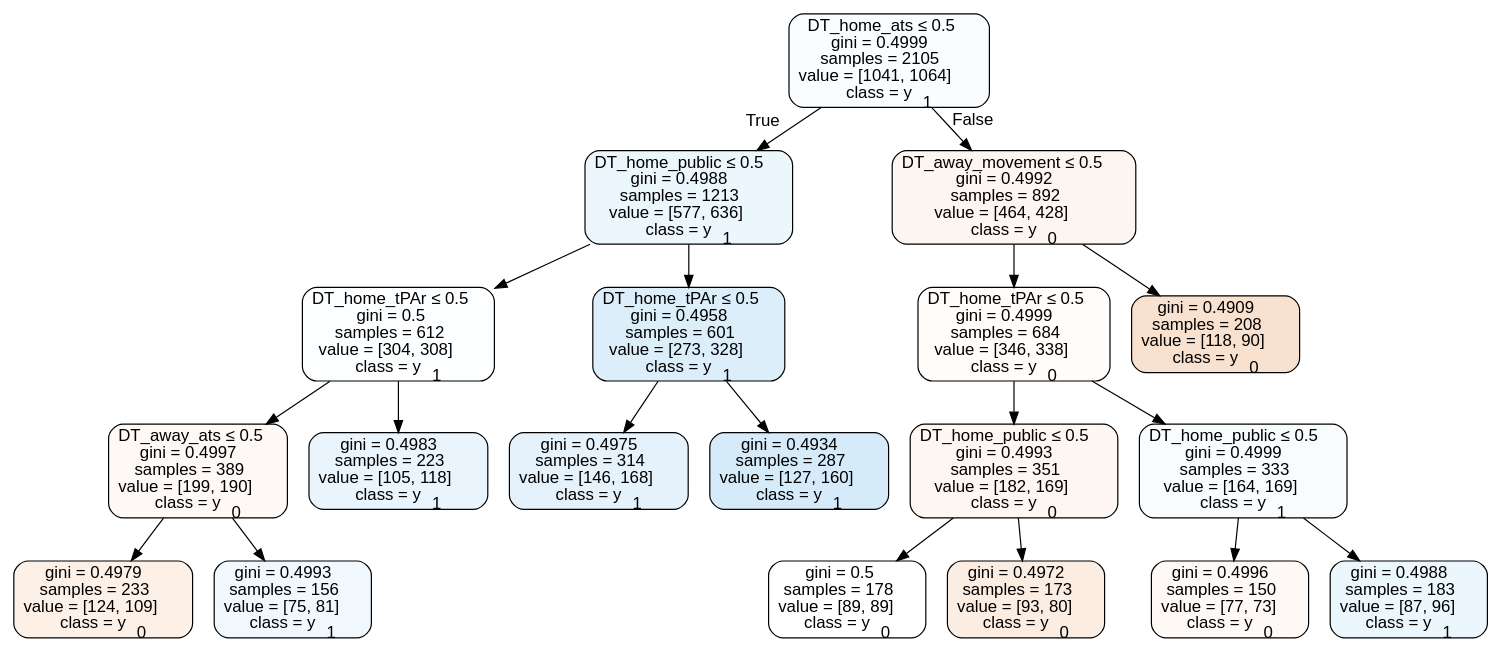
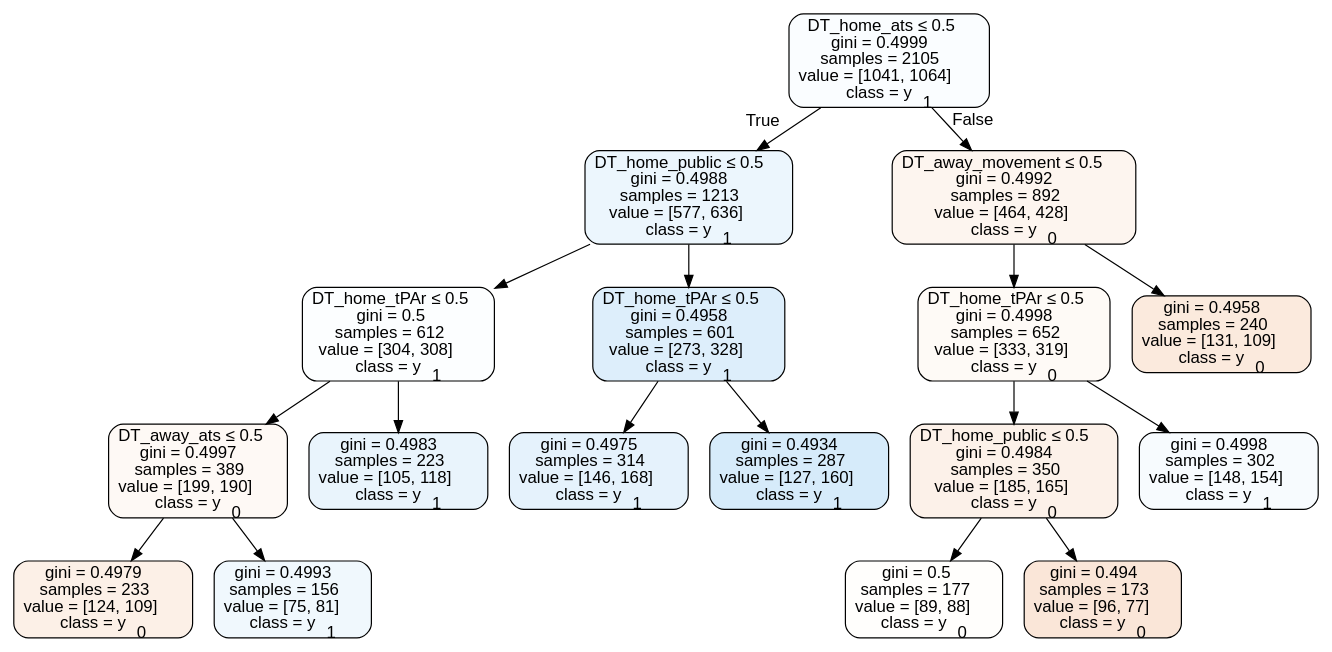
One commit to usbogie/ncaa-bets changed the diagram in tree_data/tree2017neutral.dot. Above: the diagram before and after it, drawn with Graphviz. The commit also changed 26 other files, not shown here.

```diff
--- a/tree_data/tree2017neutral.dot
+++ b/tree_data/tree2017neutral.dot
@@ -1,41 +1,37 @@
 digraph Tree {
 node [shape=box, style="filled, rounded", color="black", fontname=helvetica] ;
 edge [fontname=helvetica] ;
 0 [label=<DT_home_ats &le; 0.5<br/>gini = 0.4999<br/>samples = 2105<br/>value = [1041, 1064]<br/>class = y<SUB>1</SUB>>, fillcolor="#399de506"] ;
 1 [label=<DT_home_public &le; 0.5<br/>gini = 0.4988<br/>samples = 1213<br/>value = [577, 636]<br/>class = y<SUB>1</SUB>>, fillcolor="#399de518"] ;
 0 -> 1 [labeldistance=2.5, labelangle=45, headlabel="True"] ;
 2 [label=<DT_home_tPAr &le; 0.5<br/>gini = 0.5<br/>samples = 612<br/>value = [304, 308]<br/>class = y<SUB>1</SUB>>, fillcolor="#399de503"] ;
 1 -> 2 ;
 3 [label=<DT_away_ats &le; 0.5<br/>gini = 0.4997<br/>samples = 389<br/>value = [199, 190]<br/>class = y<SUB>0</SUB>>, fillcolor="#e581390c"] ;
 2 -> 3 ;
 4 [label=<gini = 0.4979<br/>samples = 233<br/>value = [124, 109]<br/>class = y<SUB>0</SUB>>, fillcolor="#e581391f"] ;
 3 -> 4 ;
 5 [label=<gini = 0.4993<br/>samples = 156<br/>value = [75, 81]<br/>class = y<SUB>1</SUB>>, fillcolor="#399de513"] ;
 3 -> 5 ;
 6 [label=<gini = 0.4983<br/>samples = 223<br/>value = [105, 118]<br/>class = y<SUB>1</SUB>>, fillcolor="#399de51c"] ;
 2 -> 6 ;
 7 [label=<DT_home_tPAr &le; 0.5<br/>gini = 0.4958<br/>samples = 601<br/>value = [273, 328]<br/>class = y<SUB>1</SUB>>, fillcolor="#399de52b"] ;
 1 -> 7 ;
 8 [label=<gini = 0.4975<br/>samples = 314<br/>value = [146, 168]<br/>class = y<SUB>1</SUB>>, fillcolor="#399de521"] ;
 7 -> 8 ;
 9 [label=<gini = 0.4934<br/>samples = 287<br/>value = [127, 160]<br/>class = y<SUB>1</SUB>>, fillcolor="#399de535"] ;
 7 -> 9 ;
 10 [label=<DT_away_movement &le; 0.5<br/>gini = 0.4992<br/>samples = 892<br/>value = [464, 428]<br/>class = y<SUB>0</SUB>>, fillcolor="#e5813914"] ;
 0 -> 10 [labeldistance=2.5, labelangle=-45, headlabel="False"] ;
-11 [label=<DT_home_tPAr &le; 0.5<br/>gini = 0.4999<br/>samples = 684<br/>value = [346, 338]<br/>class = y<SUB>0</SUB>>, fillcolor="#e5813906"] ;
+11 [label=<DT_home_tPAr &le; 0.5<br/>gini = 0.4998<br/>samples = 652<br/>value = [333, 319]<br/>class = y<SUB>0</SUB>>, fillcolor="#e581390b"] ;
 10 -> 11 ;
-12 [label=<DT_home_public &le; 0.5<br/>gini = 0.4993<br/>samples = 351<br/>value = [182, 169]<br/>class = y<SUB>0</SUB>>, fillcolor="#e5813912"] ;
+12 [label=<DT_home_public &le; 0.5<br/>gini = 0.4984<br/>samples = 350<br/>value = [185, 165]<br/>class = y<SUB>0</SUB>>, fillcolor="#e581391c"] ;
 11 -> 12 ;
-13 [label=<gini = 0.5<br/>samples = 178<br/>value = [89, 89]<br/>class = y<SUB>0</SUB>>, fillcolor="#e5813900"] ;
+13 [label=<gini = 0.5<br/>samples = 177<br/>value = [89, 88]<br/>class = y<SUB>0</SUB>>, fillcolor="#e5813903"] ;
 12 -> 13 ;
-14 [label=<gini = 0.4972<br/>samples = 173<br/>value = [93, 80]<br/>class = y<SUB>0</SUB>>, fillcolor="#e5813924"] ;
+14 [label=<gini = 0.494<br/>samples = 173<br/>value = [96, 77]<br/>class = y<SUB>0</SUB>>, fillcolor="#e5813932"] ;
 12 -> 14 ;
-15 [label=<DT_home_public &le; 0.5<br/>gini = 0.4999<br/>samples = 333<br/>value = [164, 169]<br/>class = y<SUB>1</SUB>>, fillcolor="#399de508"] ;
+15 [label=<gini = 0.4998<br/>samples = 302<br/>value = [148, 154]<br/>class = y<SUB>1</SUB>>, fillcolor="#399de50a"] ;
 11 -> 15 ;
-16 [label=<gini = 0.4996<br/>samples = 150<br/>value = [77, 73]<br/>class = y<SUB>0</SUB>>, fillcolor="#e581390d"] ;
-15 -> 16 ;
-17 [label=<gini = 0.4988<br/>samples = 183<br/>value = [87, 96]<br/>class = y<SUB>1</SUB>>, fillcolor="#399de518"] ;
-15 -> 17 ;
-18 [label=<gini = 0.4909<br/>samples = 208<br/>value = [118, 90]<br/>class = y<SUB>0</SUB>>, fillcolor="#e581393d"] ;
-10 -> 18 ;
+16 [label=<gini = 0.4958<br/>samples = 240<br/>value = [131, 109]<br/>class = y<SUB>0</SUB>>, fillcolor="#e581392b"] ;
+10 -> 16 ;
 }
```
